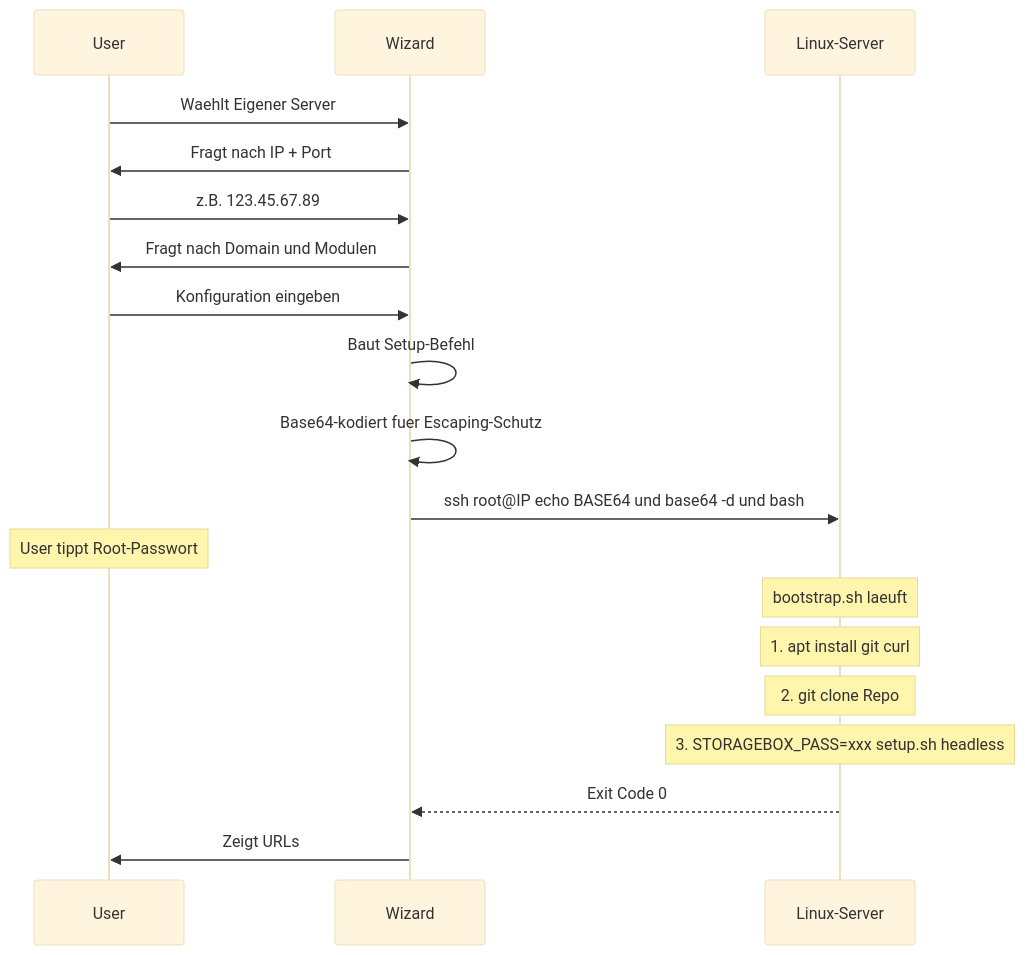
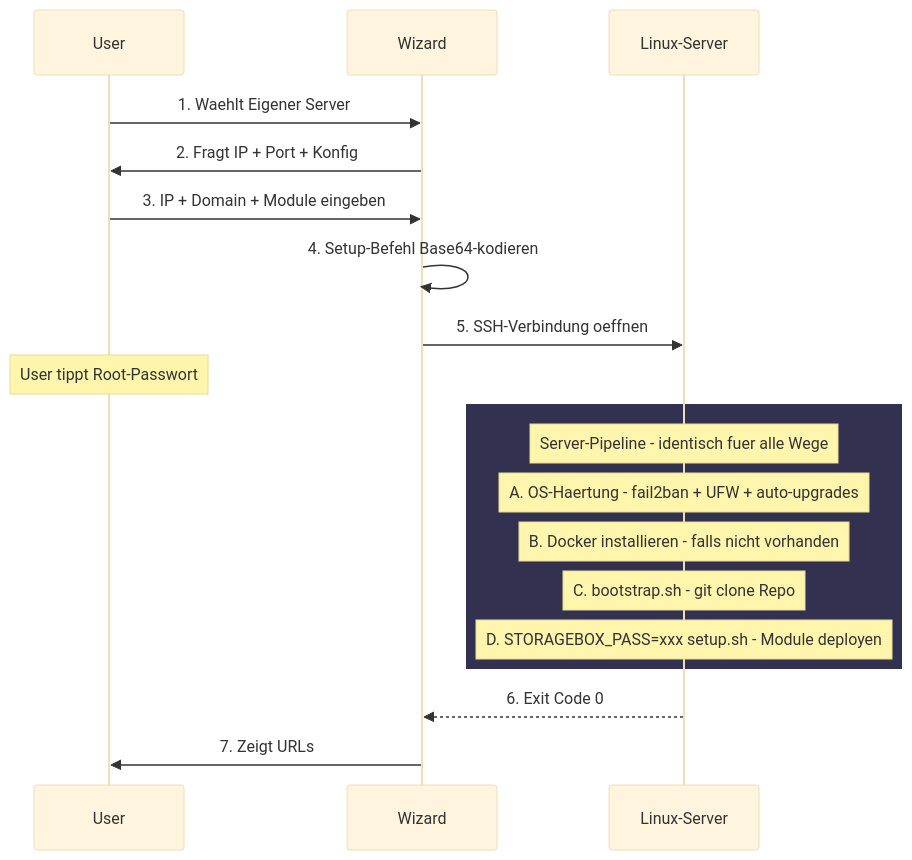
One commit to DPSG-Eschborn/infrastructure-configs changed the third of 7 diagrams in docs/architektur-uebersicht.md. Above: the diagram before and after it, drawn with Mermaid (base theme). The commit also changed other lines of this file, not shown here.

Commit message:
better architecture-docs

````diff
--- a/docs/architektur-uebersicht.md
+++ b/docs/architektur-uebersicht.md
@@ -122,27 +115,25 @@
 ```mermaid
 sequenceDiagram
     participant U as User
     participant W as Wizard
     participant SRV as Linux-Server
 
-    U->>W: Waehlt Eigener Server
-    W->>U: Fragt nach IP + Port
-    U->>W: z.B. 123.45.67.89
+    U->>W: 1. Waehlt Eigener Server
+    W->>U: 2. Fragt IP + Port + Konfig
+    U->>W: 3. IP + Domain + Module eingeben
 
-    W->>U: Fragt nach Domain und Modulen
-    U->>W: Konfiguration eingeben
-
-    W->>W: Baut Setup-Befehl
-    W->>W: Base64-kodiert fuer Escaping-Schutz
-
-    W->>SRV: ssh root@IP echo BASE64 und base64 -d und bash
+    W->>W: 4. Setup-Befehl Base64-kodieren
+    W->>SRV: 5. SSH-Verbindung oeffnen
     Note over U: User tippt Root-Passwort
 
-    Note over SRV: bootstrap.sh laeuft
-    Note over SRV: 1. apt install git curl
-    Note over SRV: 2. git clone Repo
-    Note over SRV: 3. STORAGEBOX_PASS=xxx setup.sh headless
+    rect rgb(50, 50, 80)
+        Note over SRV: Server-Pipeline - identisch fuer alle Wege
+        Note over SRV: A. OS-Haertung - fail2ban + UFW + auto-upgrades
+        Note over SRV: B. Docker installieren - falls nicht vorhanden
+        Note over SRV: C. bootstrap.sh - git clone Repo
+        Note over SRV: D. STORAGEBOX_PASS=xxx setup.sh - Module deployen
+    end
 
-    SRV-->>W: Exit Code 0
-    W->>U: Zeigt URLs
+    SRV-->>W: 6. Exit Code 0
+    W->>U: 7. Zeigt URLs
 ```
````
